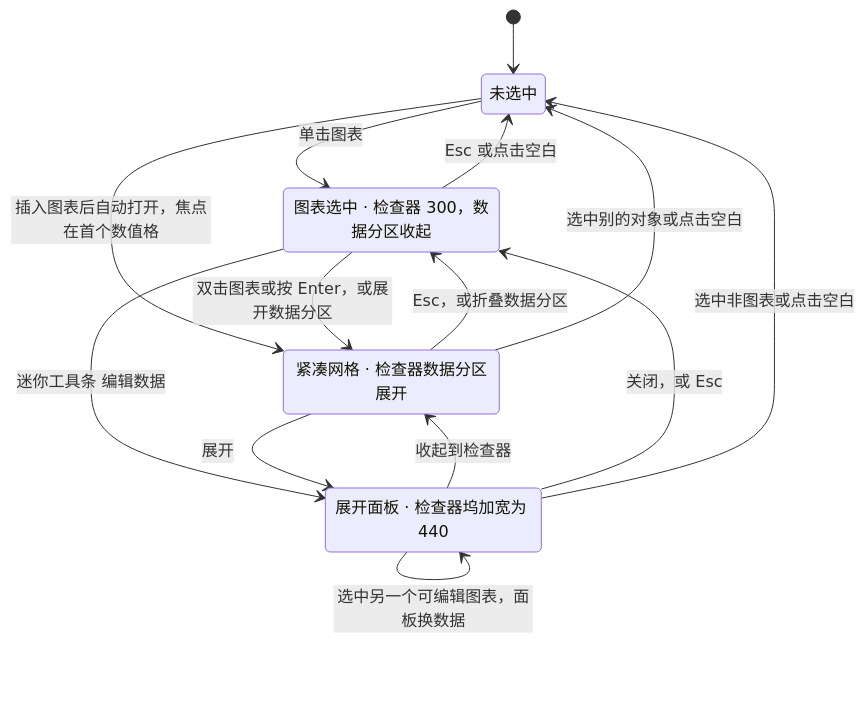
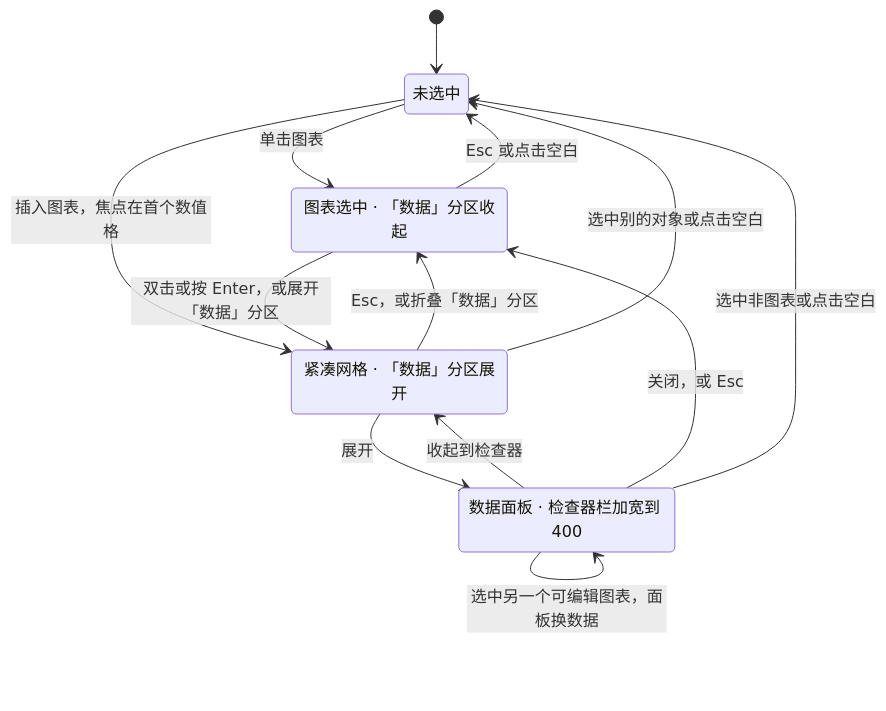
Before and after one commit to Xeonice/cordis-ppt-editor: the third of 5 diagrams in docs/20-design/03-screens/31-chart-editing.md, drawn with Mermaid. The commit also changed other lines of this file and 44 other files, not shown here.

````diff
--- a/docs/20-design/03-screens/31-chart-editing.md
+++ b/docs/20-design/03-screens/31-chart-editing.md
@@ -228,20 +320,19 @@
 ```mermaid
 stateDiagram-v2
   state "未选中" as none
-  state "图表选中 · 检查器 300，数据分区收起" as sel
-  state "紧凑网格 · 检查器数据分区展开" as compact
-  state "展开面板 · 检查器坞加宽为 440" as wide
+  state "图表选中 · 「数据」分区收起" as sel
+  state "紧凑网格 · 「数据」分区展开" as compact
+  state "数据面板 · 检查器栏加宽到 400" as wide
   [*] --> none
   none --> sel : 单击图表
-  none --> compact : 插入图表后自动打开，焦点在首个数值格
-  sel --> compact : 双击图表或按 Enter，或展开数据分区
-  sel --> wide : 迷你工具条 编辑数据
-  wide --> wide : 选中另一个可编辑图表，面板换数据
+  none --> compact : 插入图表，焦点在首个数值格
+  sel --> compact : 双击或按 Enter，或展开「数据」分区
   compact --> wide : 展开
   wide --> compact : 收起到检查器
   wide --> sel : 关闭，或 Esc
-  compact --> sel : Esc，或折叠数据分区
+  wide --> wide : 选中另一个可编辑图表，面板换数据
+  compact --> sel : Esc，或折叠「数据」分区
   sel --> none : Esc 或点击空白
   compact --> none : 选中别的对象或点击空白
   wide --> none : 选中非图表或点击空白
 ```
````
